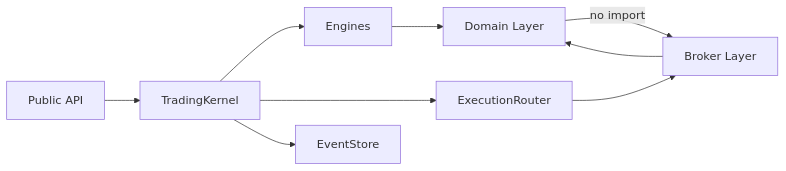
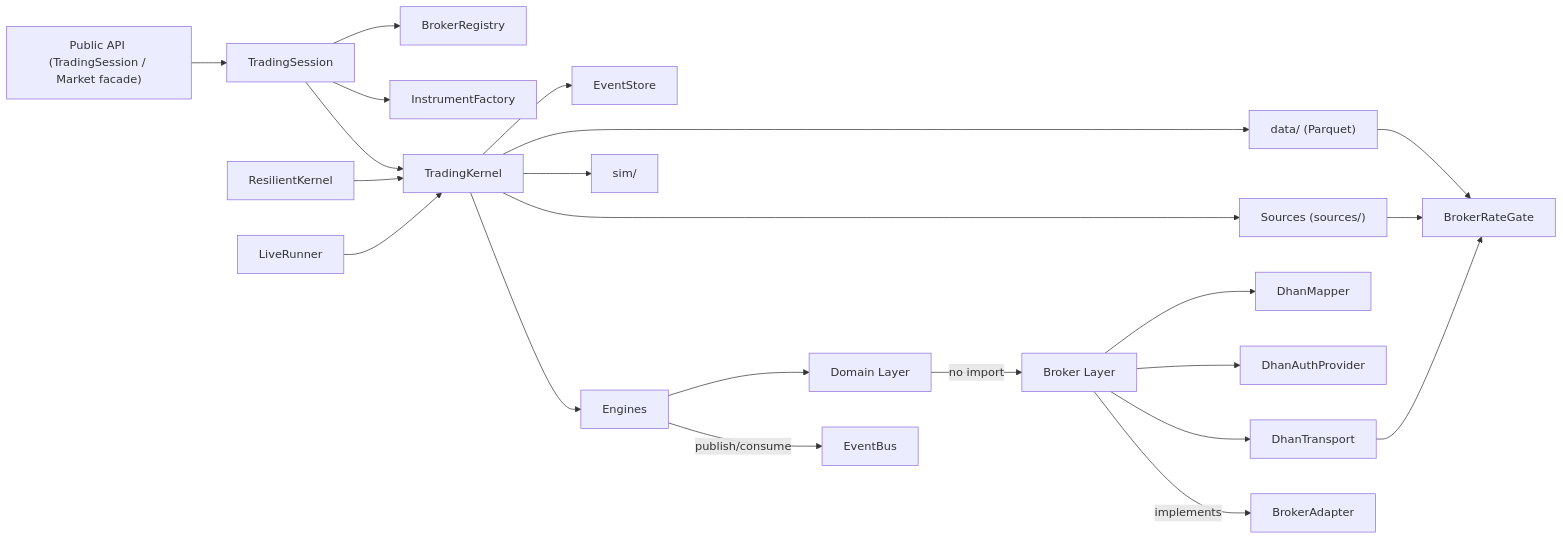
The ninth of 9 diagrams in .qoder/repowiki/en/content/Architecture Overview/Architecture Overview.md (Ganesh-Kusundal/nTrade), drawn with Mermaid before and after one commit. The commit also changed other lines of this file and 2201 other files, not shown here.

Commit message:
Integrate completeness: live runner hardening, broker adapter layers, rate-limiting infrastructure, data pipeline (parquet OHLCV + ingestion scripts), contract testing framework, options analytics, and updated architecture/knowledge docs

````diff
--- a/.qoder/repowiki/en/content/Architecture Overview/Architecture Overview.md
+++ b/.qoder/repowiki/en/content/Architecture Overview/Architecture Overview.md
@@ -428,11 +464,24 @@
 ```mermaid
 graph LR
-API["Public API"] --> KERNEL["TradingKernel"]
+API["Public API (TradingSession / Market facade)"] --> SESSION["TradingSession"]
+SESSION --> KERNEL["TradingKernel"]
+SESSION --> FACT["InstrumentFactory"]
+SESSION --> REG["BrokerRegistry"]
+RCK["ResilientKernel"] --> KERNEL
+LRUN["LiveRunner"] --> KERNEL
 KERNEL --> ENGINES["Engines"]
-KERNEL --> EXEC["ExecutionRouter"]
+ENGINES --> |publish/consume| Bus["EventBus"]
+KERNEL --> SRC["Sources (sources/)"]
+KERNEL --> SIM["sim/"]
+KERNEL --> DATA["data/ (Parquet)"]
 KERNEL --> STORE["EventStore"]
 DOMAIN["Domain Layer"] --> |no import| BROKER["Broker Layer"]
-BROKER --> DOMAIN
+BROKER --> |implements| ADAPTER["BrokerAdapter"]
+BROKER --> DTRAN["DhanTransport"]
+BROKER --> DAUT["DhanAuthProvider"]
+BROKER --> DMAP["DhanMapper"]
+DTRAN --> GATE["BrokerRateGate"]
 ENGINES --> DOMAIN
-EXEC --> BROKER
+SRC --> GATE
+DATA --> GATE
 ```
````
